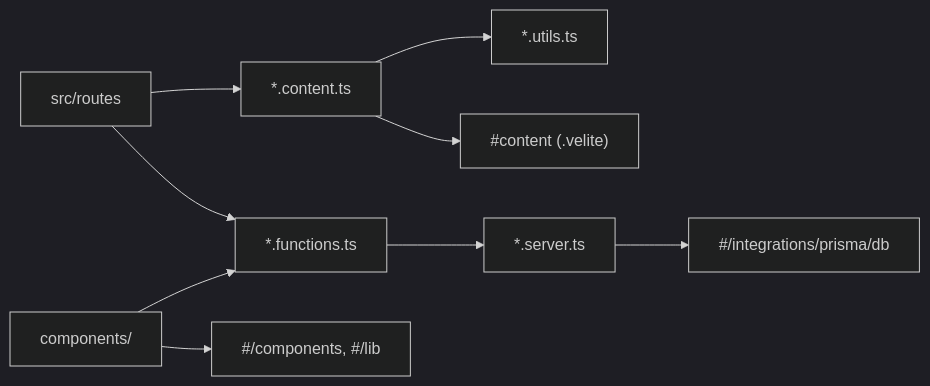
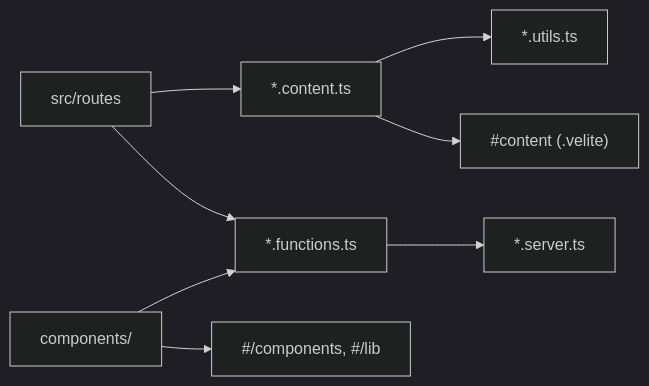
One commit to wends05/final-portfolio changed the diagram in docs/decisions/0009-feature-folder-structure.md. Above: the diagram before and after it, drawn with Mermaid (dark theme). The commit also changed other lines of this file and 388 other files, not shown here.

````diff
--- a/docs/decisions/0009-feature-folder-structure.md
+++ b/docs/decisions/0009-feature-folder-structure.md
@@ -45,11 +45,10 @@
 ```mermaid
 flowchart LR
     Route["src/routes"] --> Content["*.content.ts"]
     Content --> Utils["*.utils.ts"]
     Content --> Gen["#content (.velite)"]
     Route["src/routes"] --> Fns["*.functions.ts"]
     Comp["components/"] --> Fns
     Fns --> Server["*.server.ts"]
-    Server --> DB["#/integrations/prisma/db"]
     Comp --> Global["#/components, #/lib"]
 ```
````
